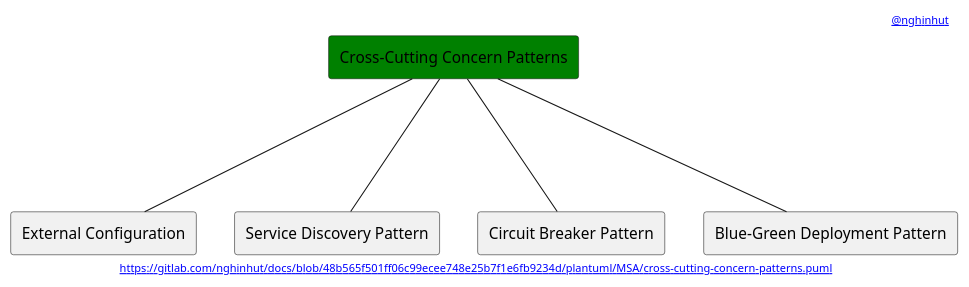
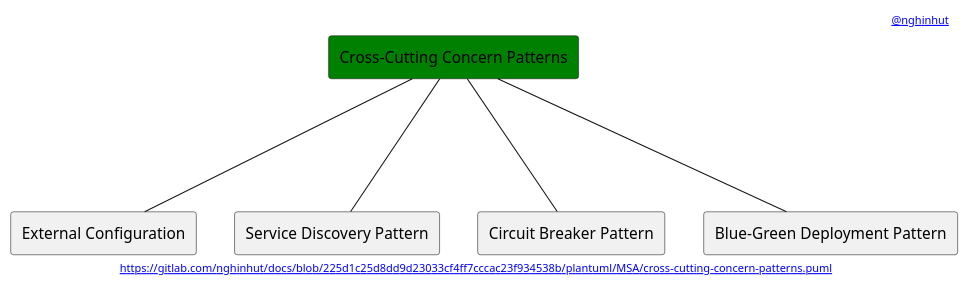
One commit to nghinhut/docs changed the diagram in plantuml/MSA/cross-cutting-concern-patterns.puml. Above: the diagram before and after it, drawn with PlantUML. The commit also changed 24 other files, not shown here.

Commit message:
docs(plantuml): update headers

```diff
--- a/plantuml/MSA/cross-cutting-concern-patterns.puml
+++ b/plantuml/MSA/cross-cutting-concern-patterns.puml
@@ -1,18 +1,18 @@
 @startuml
 '-----START auto generated metadata please keep comment here to allow auto update-----
 '-----DON'T EDIT THIS SECTION, INSTEAD RE-RUN prebuild.sh TO UPDATE-----
-header [[https://www.nghinhut.dev?from=http%5C%3A%5C%2F%5C%2Fwww%5C.plantuml%5C.com%5C%2Fplantuml%5C%2Fproxy%3Ffmt%3Dsvg%5C%26src%3Dhttps%5C%3A%5C%2F%5C%2Fgitlab%5C.com%5C%2Fnghinhut%5C%2Fdocs%5C%2Fraw%5C%2F48b565f501ff06c99ecee748e25b7f1e6fb9234d%5C%2Fplantuml%5C%2FMSA%5C%2Fcross-cutting-concern-patterns%5C.puml%0A @nghinhut]]
-footer [[http://www.plantuml.com/plantuml/proxy?fmt=svg&src=https://gitlab.com/nghinhut/docs/raw/48b565f501ff06c99ecee748e25b7f1e6fb9234d/plantuml/MSA/cross-cutting-concern-patterns.puml https://gitlab.com/nghinhut/docs/blob/48b565f501ff06c99ecee748e25b7f1e6fb9234d/plantuml/MSA/cross-cutting-concern-patterns.puml]]
+header [[https://www.nghinhut.dev?from=http%5C%3A%5C%2F%5C%2Fwww%5C.plantuml%5C.com%5C%2Fplantuml%5C%2Fproxy%3Ffmt%3Dsvg%5C%26src%3Dhttps%5C%3A%5C%2F%5C%2Fgitlab%5C.com%5C%2Fnghinhut%5C%2Fdocs%5C%2Fraw%5C%2F225d1c25d8dd9d23033cf4ff7cccac23f934538b%5C%2Fplantuml%5C%2FMSA%5C%2Fcross-cutting-concern-patterns%5C.puml%0A @nghinhut]]
+footer [[http://www.plantuml.com/plantuml/proxy?fmt=svg&src=https://gitlab.com/nghinhut/docs/raw/225d1c25d8dd9d23033cf4ff7cccac23f934538b/plantuml/MSA/cross-cutting-concern-patterns.puml https://gitlab.com/nghinhut/docs/blob/225d1c25d8dd9d23033cf4ff7cccac23f934538b/plantuml/MSA/cross-cutting-concern-patterns.puml]]
 '-----END auto generated metadata please keep comment here to allow auto update-----
 
 rectangle "Cross-Cutting Concern Patterns" as CrossCuttingConcern #green
 
 rectangle "External Configuration" as CrossCuttingConcernP1
 rectangle "Service Discovery Pattern" as CrossCuttingConcernP2
 rectangle "Circuit Breaker Pattern" as CrossCuttingConcernP3
 rectangle "Blue-Green Deployment Pattern" as CrossCuttingConcernP4
 CrossCuttingConcern --- CrossCuttingConcernP1
 CrossCuttingConcern --- CrossCuttingConcernP2
 CrossCuttingConcern --- CrossCuttingConcernP3
 CrossCuttingConcern --- CrossCuttingConcernP4
 @enduml
```
